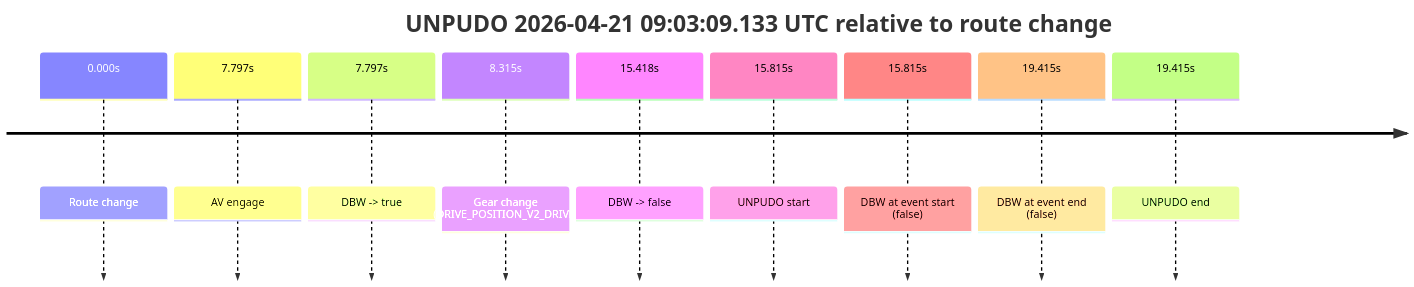
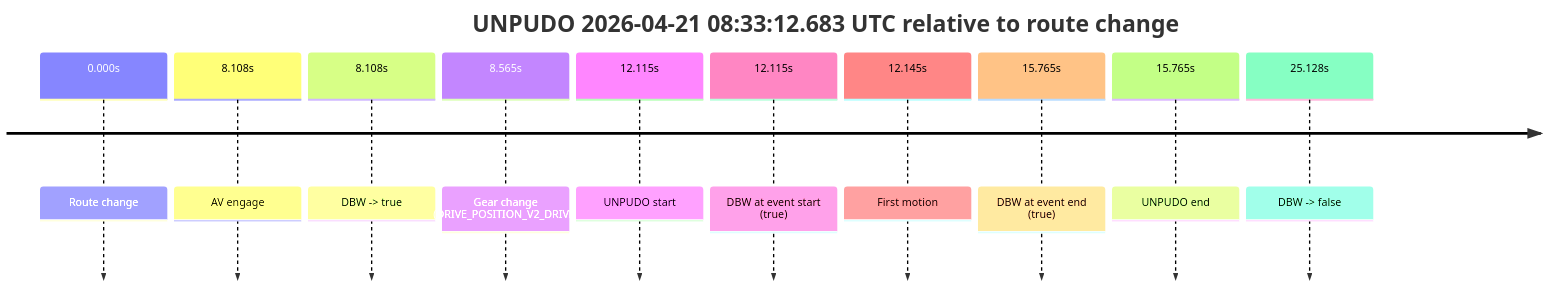
One commit to yoelshapiro/vault changed the second of 8 diagrams in model_analysis/report_cards/2026/04/Week-4/fme20009--2026-04-21--08-16-59--gen2-av-779e4337-43b6-4e32-9718-20d15fff1773.md. Above: the diagram before and after it, drawn with Mermaid. The commit also changed other lines of this file and 1 other file, not shown here.

````diff
--- a/model_analysis/report_cards/2026/04/Week-4/fme20009--2026-04-21--08-16-59--gen2-av-779e4337-43b6-4e32-9718-20d15fff1773.md
+++ b/model_analysis/report_cards/2026/04/Week-4/fme20009--2026-04-21--08-16-59--gen2-av-779e4337-43b6-4e32-9718-20d15fff1773.md
@@ -141,13 +136,14 @@
 ```mermaid
 timeline
-    title UNPUDO 2026-04-21 09:03:09.133 UTC relative to route change
+    title UNPUDO 2026-04-21 08:33:12.683 UTC relative to route change
     0.000s : Route change
-    7.797s : AV engage
-    7.797s : DBW -> true
-    8.315s : Gear change (DRIVE_POSITION_V2_DRIVE)
-    15.418s : DBW -> false
-    15.815s : UNPUDO start
-    15.815s : DBW at event start (false)
-    19.415s : DBW at event end (false)
-    19.415s : UNPUDO end
+    8.108s : AV engage
+    8.108s : DBW -> true
+    8.565s : Gear change (DRIVE_POSITION_V2_DRIVE)
+    12.115s : UNPUDO start
+    12.115s : DBW at event start (true)
+    12.145s : First motion
+    15.765s : DBW at event end (true)
+    15.765s : UNPUDO end
+    25.128s : DBW -> false
 ```
````
